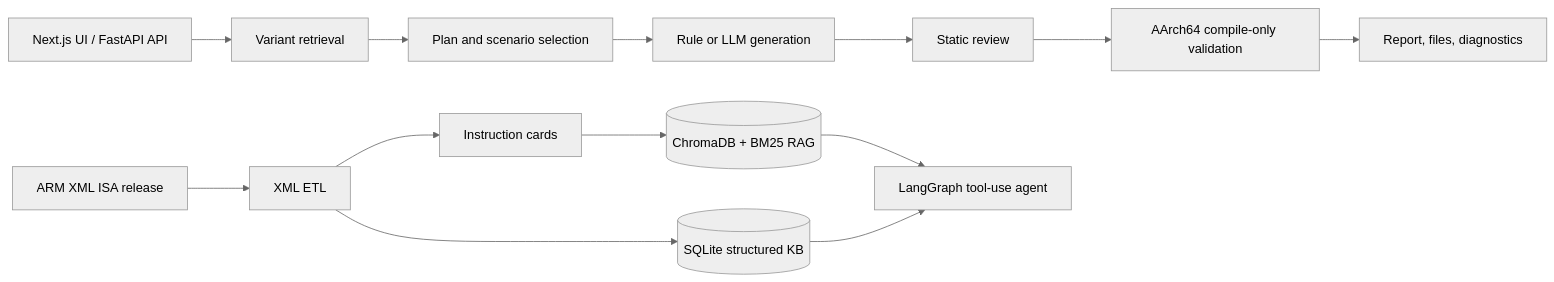
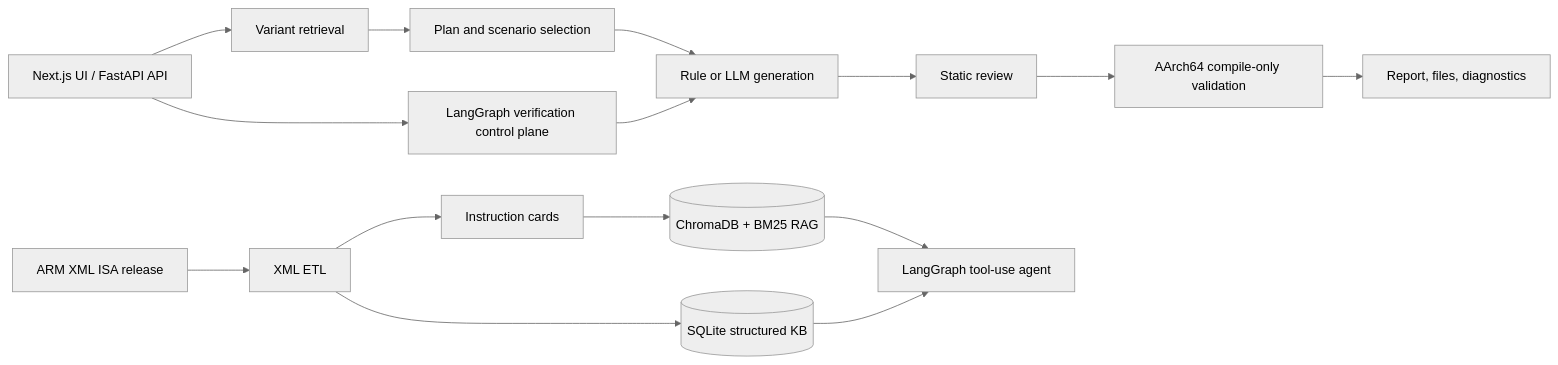
One commit to cherishCZR/arm_isa_agent changed the diagram in README.md. Above: the diagram before and after it, drawn with Mermaid (neutral theme). The commit also changed other lines of this file and 5 other files, not shown here.

Commit message:
feat: add LangGraph verification control plane

````diff
--- a/README.md
+++ b/README.md
@@ -49,17 +50,19 @@
 ```mermaid
 flowchart LR
   XML[ARM XML ISA release] --> ETL[XML ETL]
   ETL --> SQLite[(SQLite structured KB)]
   ETL --> Cards[Instruction cards]
   Cards --> RAG[(ChromaDB + BM25 RAG)]
 
   UI[Next.js UI / FastAPI API] --> Retrieve[Variant retrieval]
   Retrieve --> Plan[Plan and scenario selection]
   Plan --> Generate[Rule or LLM generation]
   Generate --> Review[Static review]
   Review --> Compile[AArch64 compile-only validation]
   Compile --> Report[Report, files, diagnostics]
 
   RAG --> Agent[LangGraph tool-use agent]
   SQLite --> Agent
+  UI --> VerifyGraph[LangGraph verification control plane]
+  VerifyGraph --> Generate
 ```
````
